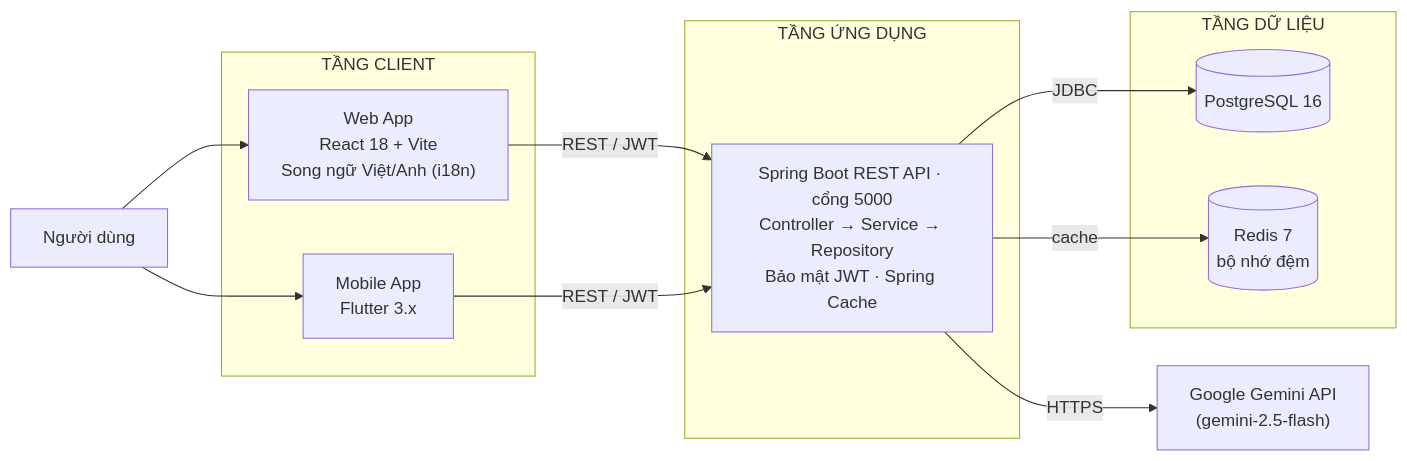
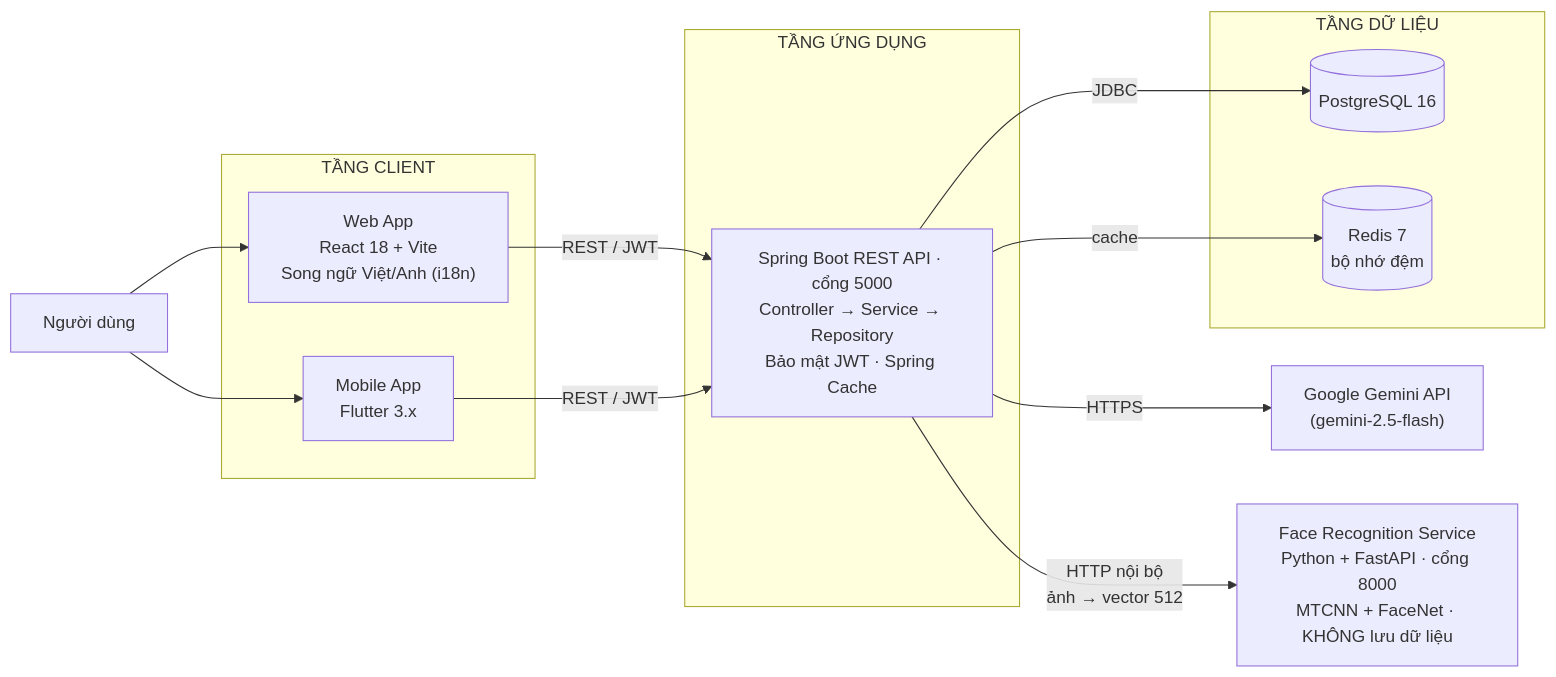
Before and after one commit to nhathao428/taskhub: the diagram in README.md, drawn with Mermaid. The commit also changed other lines of this file and 2 other files, not shown here.

Commit message:
docs: cap nhat README + UML cho module khuon mat, them DATABASE_SCHEMA, sua 3 link docs bi hong

````diff
--- a/README.md
+++ b/README.md
@@ -17,22 +19,24 @@
 ```mermaid
 flowchart LR
   User["Người dùng"]
   subgraph CLIENT["TẦNG CLIENT"]
     Web["Web App<br/>React 18 + Vite<br/>Song ngữ Việt/Anh (i18n)"]
     Mobile["Mobile App<br/>Flutter 3.x"]
   end
   subgraph APP["TẦNG ỨNG DỤNG"]
     Backend["Spring Boot REST API · cổng 5000<br/>Controller → Service → Repository<br/>Bảo mật JWT · Spring Cache"]
   end
   subgraph DATA["TẦNG DỮ LIỆU"]
     PG[("PostgreSQL 16")]
     Redis[("Redis 7<br/>bộ nhớ đệm")]
   end
   Gemini["Google Gemini API<br/>(gemini-2.5-flash)"]
+  FaceSvc["Face Recognition Service<br/>Python + FastAPI · cổng 8000<br/>MTCNN + FaceNet · KHÔNG lưu dữ liệu"]
   User --> Web & Mobile
   Web -->|REST / JWT| Backend
   Mobile -->|REST / JWT| Backend
   Backend -->|JDBC| PG
   Backend -->|cache| Redis
   Backend -->|HTTPS| Gemini
+  Backend -->|HTTP nội bộ<br/>ảnh → vector 512| FaceSvc
 ```
````
